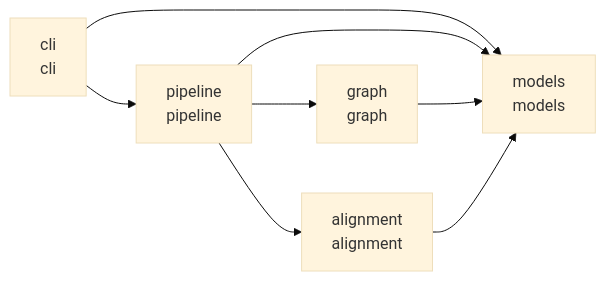
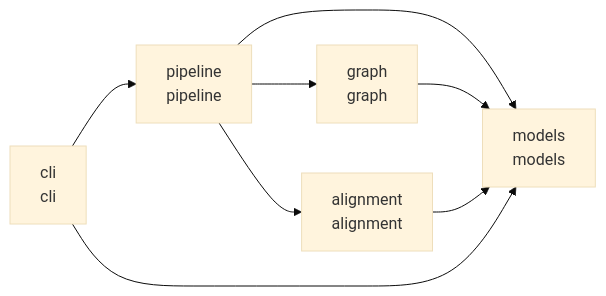
One commit to cj-mills/cjm-transcript-decomp-core changed the diagram in README.md. Above: the diagram before and after it, drawn with Mermaid (base theme). The commit also changed other lines of this file and 13 other files, not shown here.

````diff
--- a/README.md
+++ b/README.md
@@ -25,16 +25,16 @@
 ``` mermaid
 graph LR
     alignment["alignment<br/>alignment"]
     cli["cli<br/>cli"]
     graph_mod["graph<br/>graph"]
     models["models<br/>models"]
     pipeline["pipeline<br/>pipeline"]
 
     alignment --> models
+    cli --> pipeline
     cli --> models
-    cli --> pipeline
     graph_mod --> models
     pipeline --> models
     pipeline --> graph_mod
     pipeline --> alignment
 ```
````
